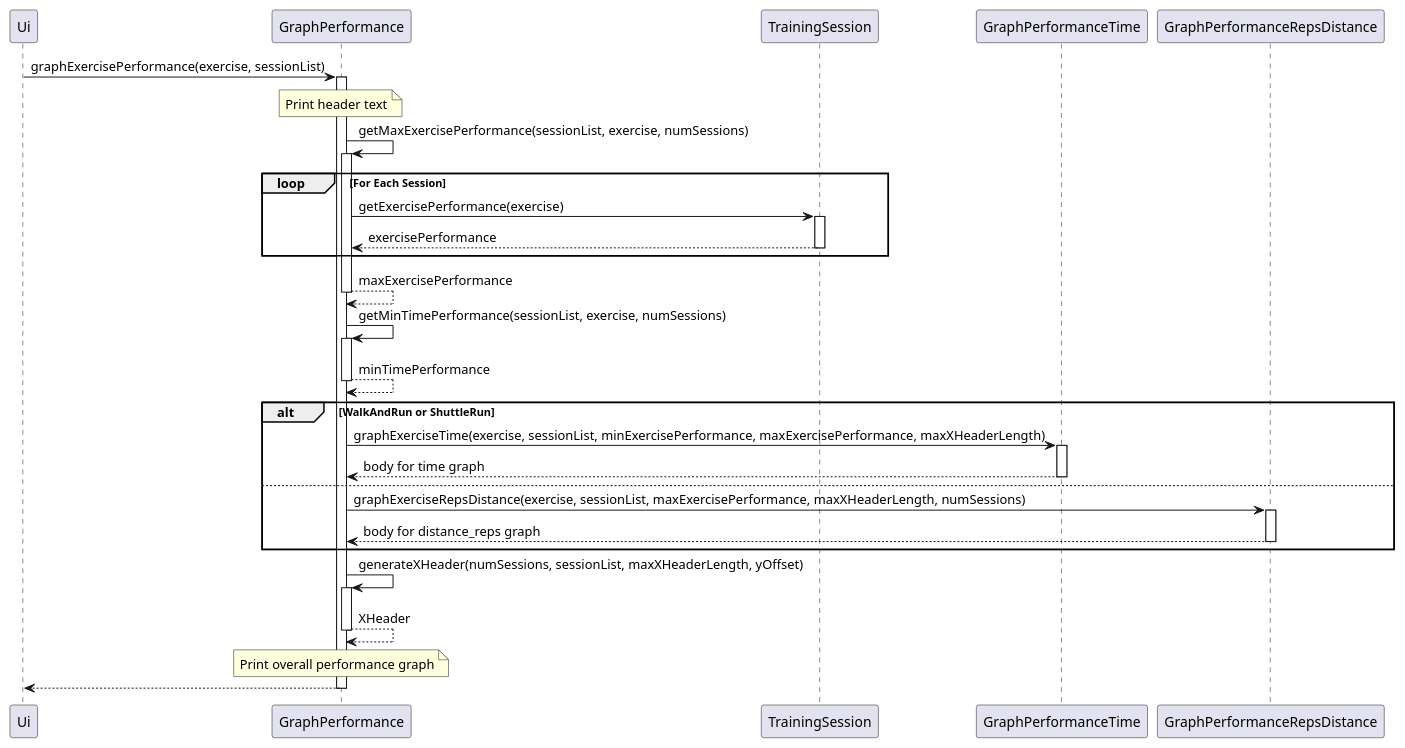
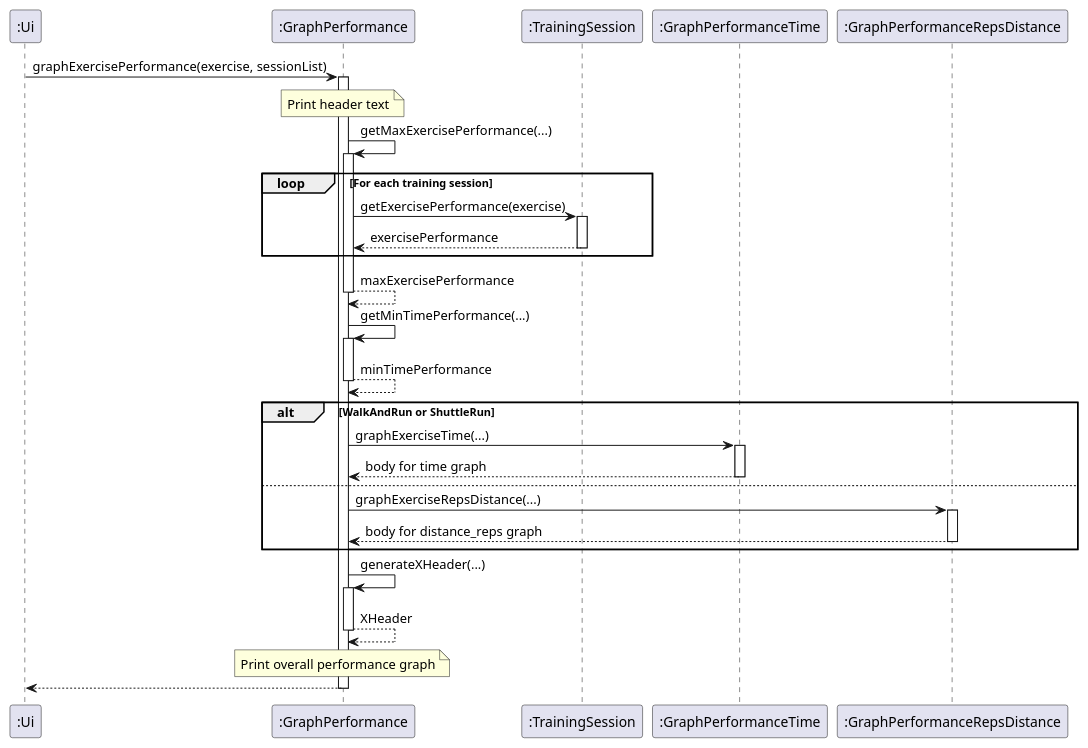
One commit to nus-cs2113-AY2425S1/tp changed the diagram in docs/Diagrams/Sequence_graphExercisePerformance.puml. Above: the diagram before and after it, drawn with PlantUML. The commit also changed 15 other files, not shown here.

```diff
--- a/docs/Diagrams/Sequence_graphExercisePerformance.puml
+++ b/docs/Diagrams/Sequence_graphExercisePerformance.puml
@@ -1,56 +1,56 @@
 @startuml
 
-participant Ui as Ui
-participant GraphPerformance as Graph
-participant TrainingSession as TrainingSession
-participant GraphPerformanceTime as GraphTime
-participant GraphPerformanceRepsDistance as GraphRepsDistance
+participant ":Ui" as Ui
+participant ":GraphPerformance" as Graph
+participant ":TrainingSession" as TrainingSession
+participant ":GraphPerformanceTime" as GraphTime
+participant ":GraphPerformanceRepsDistance" as GraphRepsDistance
 
 Ui -> Graph : graphExercisePerformance(exercise, sessionList)
 activate Graph
 note over Graph
     Print header text
 end note
 
-Graph -> Graph : getMaxExercisePerformance(sessionList, exercise, numSessions)
+Graph -> Graph : getMaxExercisePerformance(...)
 activate Graph
 
-loop For Each Session
+loop For each training session
     Graph -> TrainingSession : getExercisePerformance(exercise)
     activate TrainingSession
     TrainingSession --> Graph : exercisePerformance
     deactivate TrainingSession
 end
 Graph --> Graph : maxExercisePerformance
 deactivate Graph
 
-Graph -> Graph : getMinTimePerformance(sessionList, exercise, numSessions)
+Graph -> Graph : getMinTimePerformance(...)
 activate Graph
 Graph --> Graph : minTimePerformance
 deactivate Graph
 
 alt WalkAndRun or ShuttleRun
-    Graph -> GraphTime : graphExerciseTime(exercise, sessionList, minExercisePerformance, maxExercisePerformance, maxXHeaderLength)
+    Graph -> GraphTime : graphExerciseTime(...)
     activate GraphTime
     GraphTime --> Graph : body for time graph
     deactivate GraphTime
 else
-    Graph -> GraphRepsDistance : graphExerciseRepsDistance(exercise, sessionList, maxExercisePerformance, maxXHeaderLength, numSessions)
+    Graph -> GraphRepsDistance : graphExerciseRepsDistance(...)
     activate GraphRepsDistance
     GraphRepsDistance --> Graph : body for distance_reps graph
     deactivate GraphRepsDistance
 end
 
-Graph -> Graph : generateXHeader(numSessions, sessionList, maxXHeaderLength, yOffset)
+Graph -> Graph : generateXHeader(...)
 activate Graph
 Graph --> Graph : XHeader
 deactivate Graph
 
 note over Graph
     Print overall performance graph
 end note
 
 Ui <-- Graph :
 deactivate Graph
 
 @enduml
```
